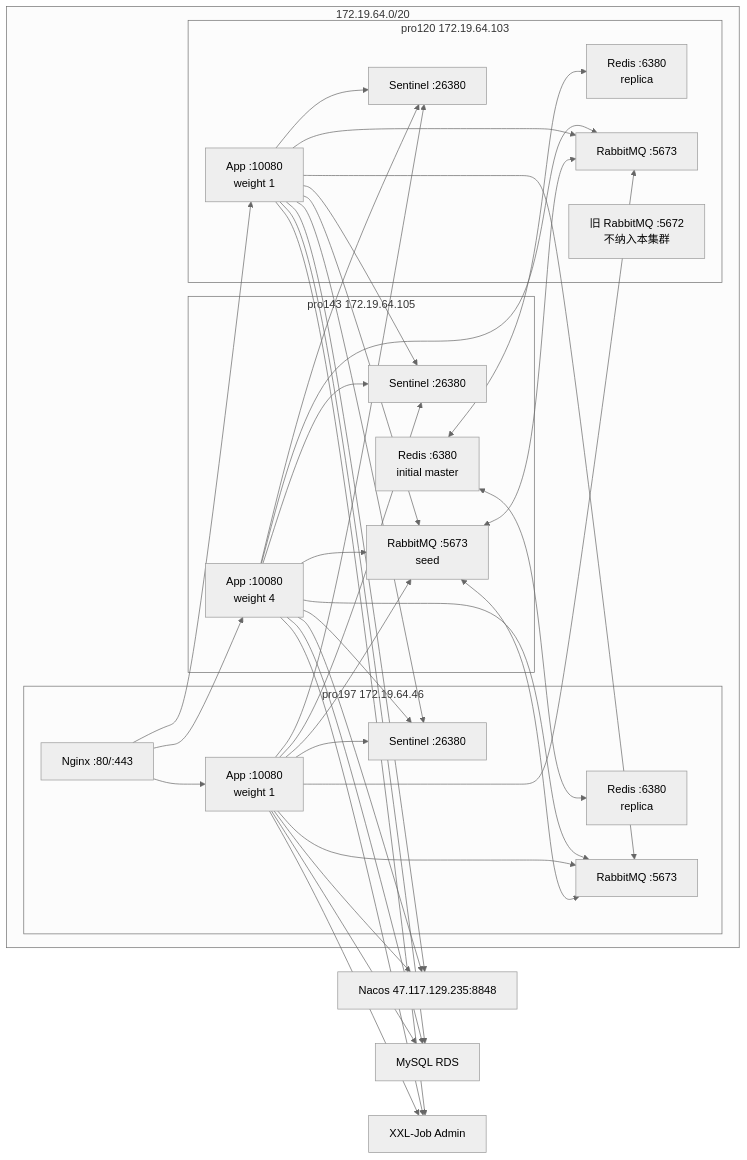
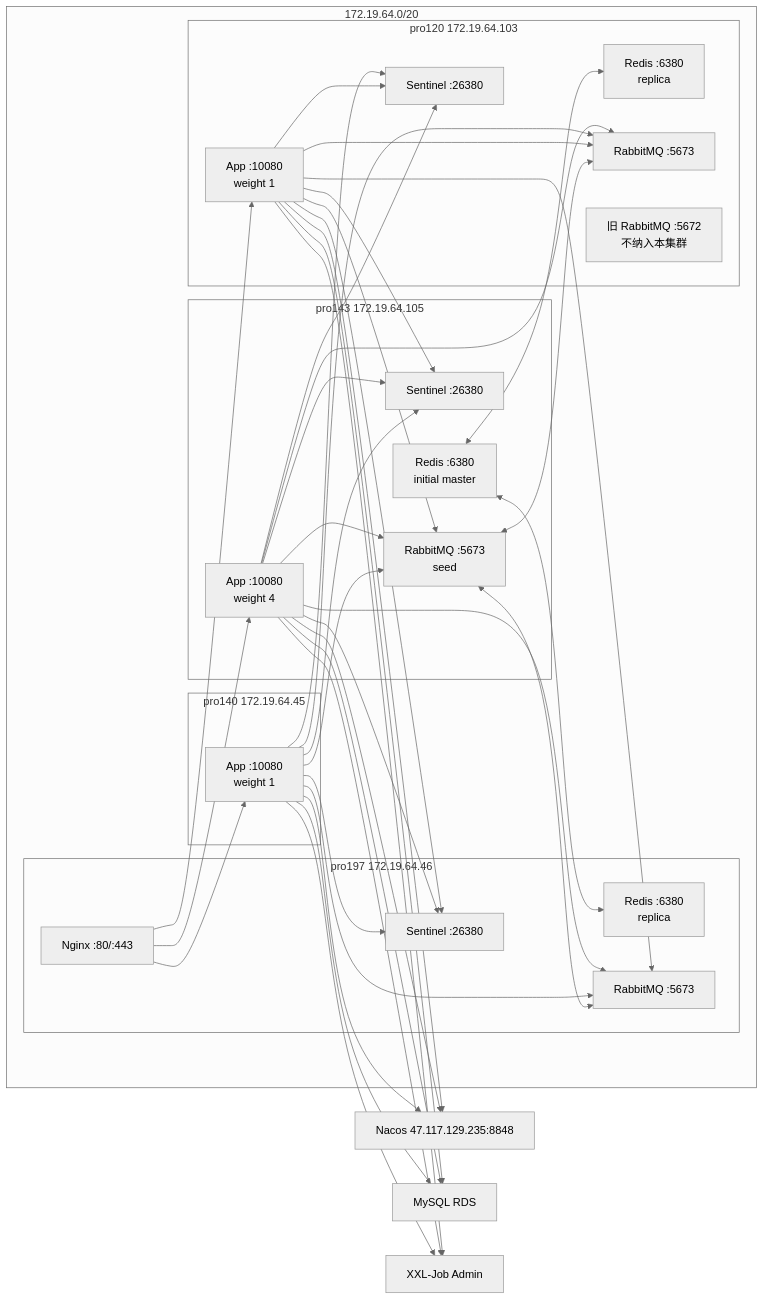
One commit to zwye1986/cardshop-trade-engine changed the diagram in docs/高可用环境部署方案.md. Above: the diagram before and after it, drawn with Mermaid (neutral theme). The commit also changed other lines of this file and 7 other files, not shown here.

````diff
--- a/docs/高可用环境部署方案.md
+++ b/docs/高可用环境部署方案.md
@@ -36,40 +37,42 @@
 ```mermaid
 flowchart LR
     subgraph VPC["172.19.64.0/20"]
         subgraph P143["pro143 172.19.64.105"]
             APP1["App :10080<br/>weight 4"]
             REDIS1["Redis :6380<br/>initial master"]
             SENT1["Sentinel :26380"]
             RMQ1["RabbitMQ :5673<br/>seed"]
         end
         subgraph P197["pro197 172.19.64.46"]
-            APP2["App :10080<br/>weight 1"]
             REDIS2["Redis :6380<br/>replica"]
             SENT2["Sentinel :26380"]
             RMQ2["RabbitMQ :5673"]
             NGINX["Nginx :80/:443"]
+        end
+        subgraph P140["pro140 172.19.64.45"]
+            APP2["App :10080<br/>weight 1"]
         end
         subgraph P120["pro120 172.19.64.103"]
             APP3["App :10080<br/>weight 1"]
             REDIS3["Redis :6380<br/>replica"]
             SENT3["Sentinel :26380"]
             RMQ3["RabbitMQ :5673"]
             OLD_RMQ["旧 RabbitMQ :5672<br/>不纳入本集群"]
         end
     end
 
     NACOS["Nacos 47.117.129.235:8848"]
     MYSQL["MySQL RDS"]
     XXL["XXL-Job Admin"]
 
     NGINX --> APP1
     NGINX --> APP2
     NGINX --> APP3
     APP1 & APP2 & APP3 --> SENT1 & SENT2 & SENT3
     APP1 & APP2 & APP3 --> RMQ1 & RMQ2 & RMQ3
     REDIS1 <--> REDIS2
     REDIS1 <--> REDIS3
     RMQ1 <--> RMQ2
     RMQ1 <--> RMQ3
     APP1 & APP2 & APP3 --> NACOS & MYSQL & XXL
 ```
````
